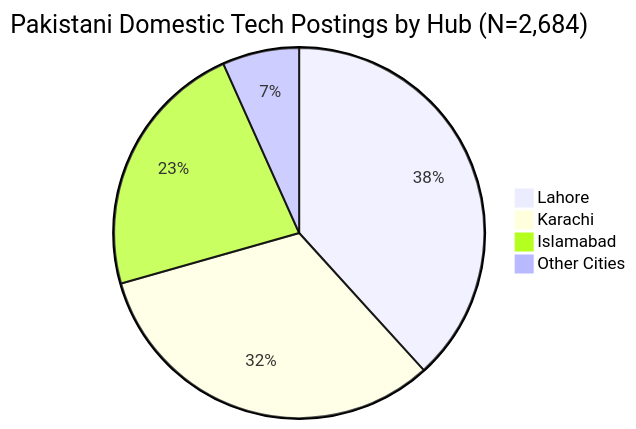
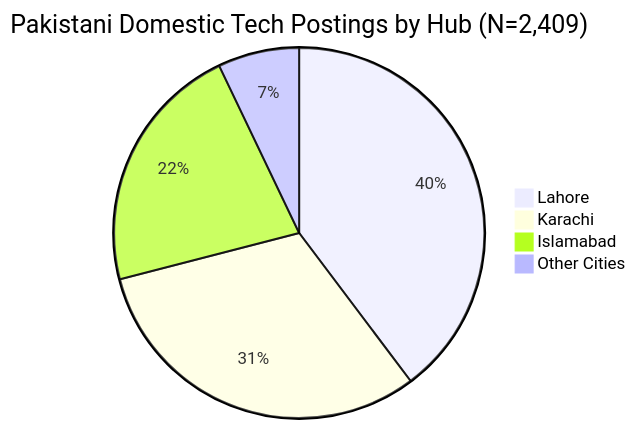
One commit to Awaisbacha55/hiretrends-pakistan-job-market changed the first of 2 diagrams in reports/PAKISTAN_TECH_JOB_MARKET_INSIGHTS.md. Above: the diagram before and after it, drawn with Mermaid. The commit also changed other lines of this file and 36 other files, not shown here.

````diff
--- a/reports/PAKISTAN_TECH_JOB_MARKET_INSIGHTS.md
+++ b/reports/PAKISTAN_TECH_JOB_MARKET_INSIGHTS.md
@@ -85,7 +85,7 @@
 ```mermaid
-pie title Pakistani Domestic Tech Postings by Hub (N=2,684)
-    "Lahore" : 1027
-    "Karachi" : 868
-    "Islamabad" : 609
-    "Other Cities" : 180
+pie title Pakistani Domestic Tech Postings by Hub (N=2,409)
+    "Lahore" : 957
+    "Karachi" : 753
+    "Islamabad" : 528
+    "Other Cities" : 171
 ```
````
